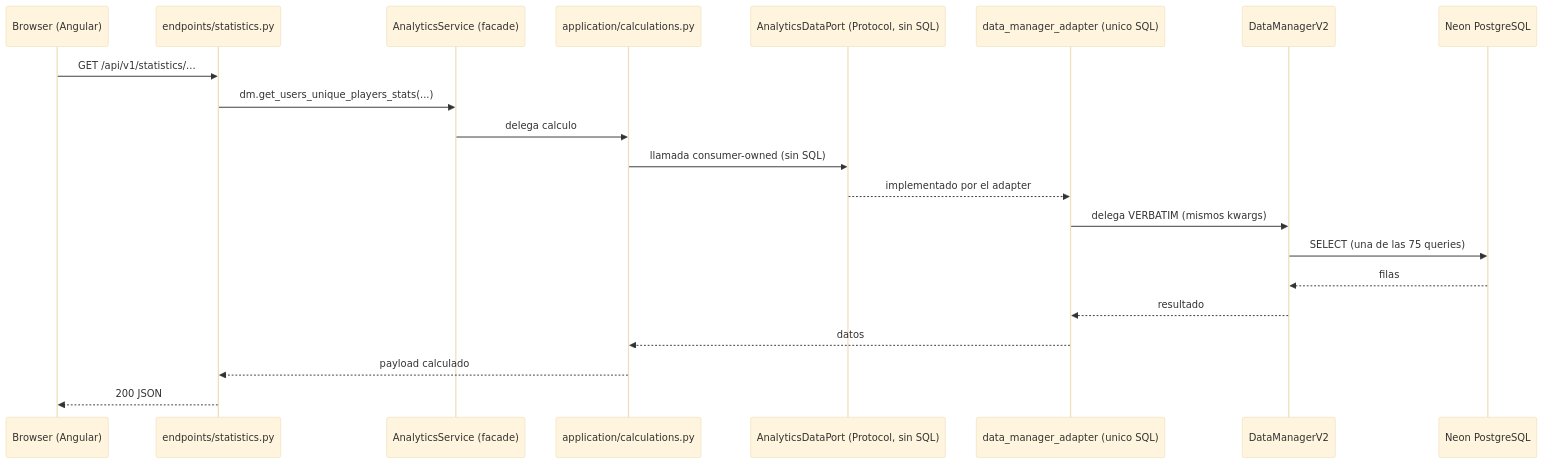
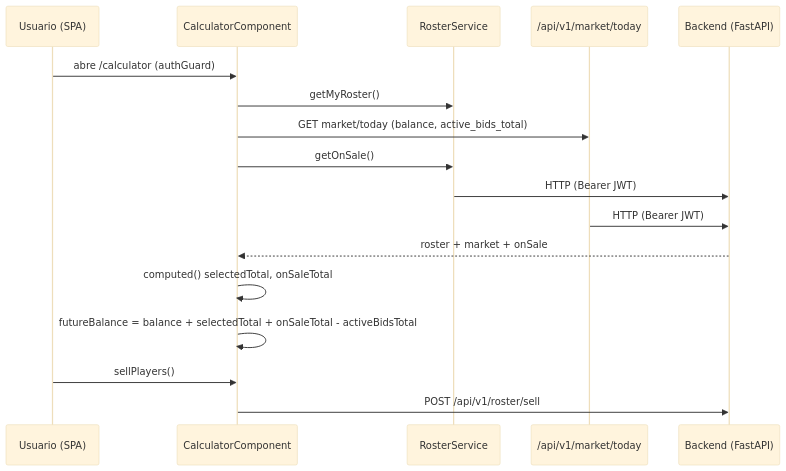
The second of 4 diagrams in aidlc/spaces/default/codekb/futmondo-analytics/architecture.md (Mutinho/futmondo-analytics), drawn with Mermaid (base theme) before and after one commit. The commit also changed other lines of this file and 51 other files, not shown here.

````diff
--- a/aidlc/spaces/default/codekb/futmondo-analytics/architecture.md
+++ b/aidlc/spaces/default/codekb/futmondo-analytics/architecture.md
@@ -114,23 +67,19 @@
 ```mermaid
 sequenceDiagram
-  participant U as Browser (Angular)
-  participant R as endpoints/statistics.py
-  participant FA as AnalyticsService (facade)
-  participant APP as application/calculations.py
-  participant PORT as AnalyticsDataPort (Protocol, sin SQL)
-  participant AD as data_manager_adapter (unico SQL)
-  participant M as DataManagerV2
-  participant N as Neon PostgreSQL
-  U->>R: GET /api/v1/statistics/...
-  R->>FA: dm.get_users_unique_players_stats(...)
-  FA->>APP: delega calculo
-  APP->>PORT: llamada consumer-owned (sin SQL)
-  PORT-->>AD: implementado por el adapter
-  AD->>M: delega VERBATIM (mismos kwargs)
-  M->>N: SELECT (una de las 75 queries)
-  N-->>M: filas
-  M-->>AD: resultado
-  AD-->>APP: datos
-  APP-->>R: payload calculado
-  R-->>U: 200 JSON
+  participant U as Usuario (SPA)
+  participant C as CalculatorComponent
+  participant R as RosterService
+  participant M as /api/v1/market/today
+  participant B as Backend (FastAPI)
+  U->>C: abre /calculator (authGuard)
+  C->>R: getMyRoster()
+  C->>M: GET market/today (balance, active_bids_total)
+  C->>R: getOnSale()
+  R->>B: HTTP (Bearer JWT)
+  M->>B: HTTP (Bearer JWT)
+  B-->>C: roster + market + onSale
+  C->>C: computed() selectedTotal, onSaleTotal
+  C->>C: futureBalance = balance + selectedTotal + onSaleTotal - activeBidsTotal
+  U->>C: sellPlayers()
+  C->>B: POST /api/v1/roster/sell
 ```
````
